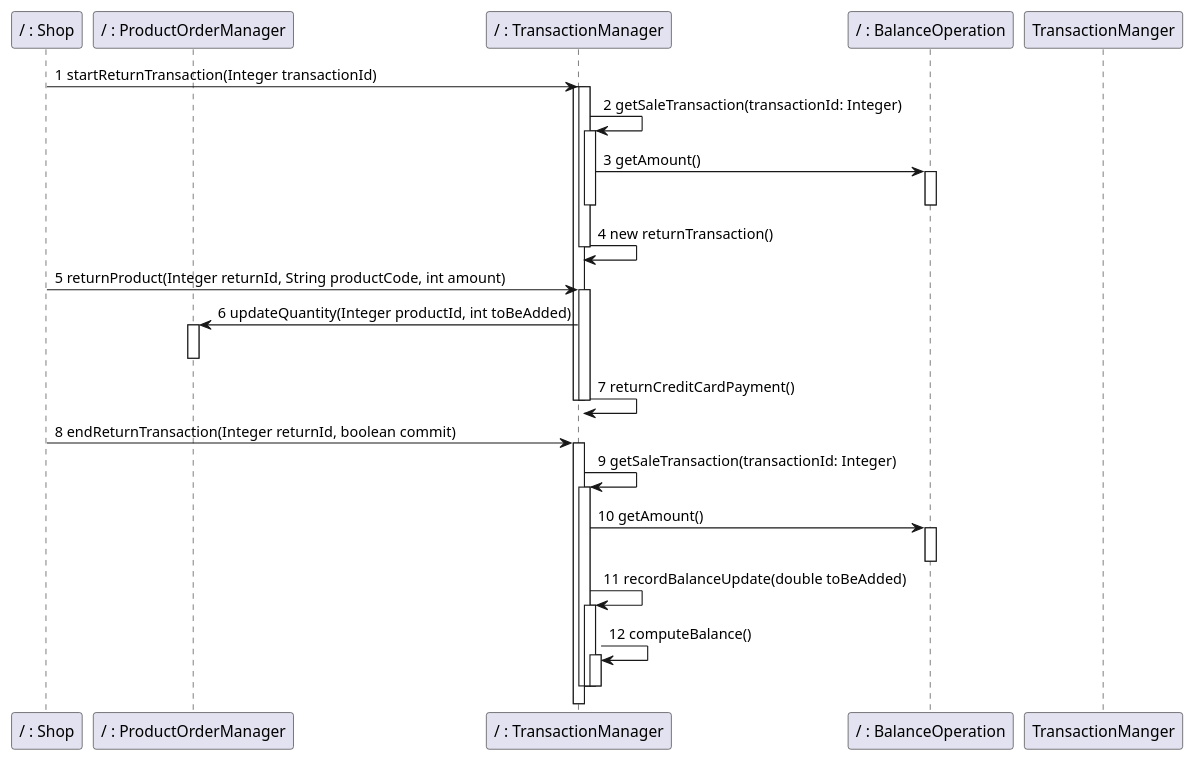
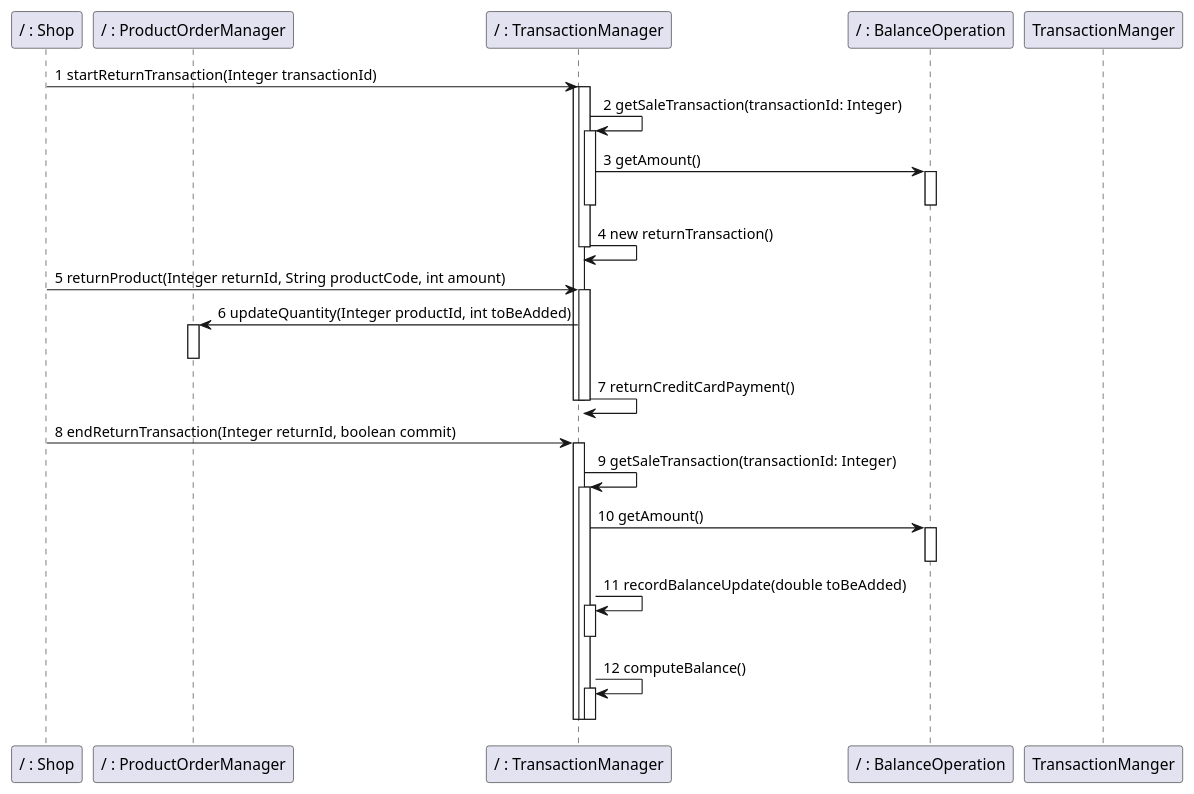
One commit to nicolabattaglino/ezshop changed diagram 28 of 32 in Deliverables/DesignDocument.md. Above: the diagram before and after it, drawn with PlantUML.

Commit message:
formatting

````diff
--- a/Deliverables/DesignDocument.md
+++ b/Deliverables/DesignDocument.md
@@ -1332,44 +1332,46 @@
 ```plantuml
 @startuml
 
 participant "/ : Shop" as Shop
 participant "/ : ProductOrderManager" as ProductOrderManager
 participant "/ : TransactionManager" as TransactionManager
 participant "/ : BalanceOperation" as BalanceOperation
 Shop -> TransactionManager:1 startReturnTransaction(Integer transactionId)
 activate TransactionManager
 activate TransactionManager
 TransactionManager -> TransactionManager:2 getSaleTransaction(transactionId: Integer)
 activate TransactionManager
 TransactionManager -> BalanceOperation :3 getAmount()
 activate BalanceOperation
 deactivate BalanceOperation
 deactivate TransactionManager
 TransactionManager -> TransactionManager:4 new returnTransaction()
 deactivate TransactionManager
 Shop -> TransactionManager:5 returnProduct(Integer returnId, String productCode, int amount)
 activate TransactionManager
 TransactionManager -> ProductOrderManager:6 updateQuantity(Integer productId, int toBeAdded)
 activate ProductOrderManager
 deactivate ProductOrderManager
 TransactionManager -> TransactionManager:7 returnCreditCardPayment()
 deactivate TransactionManager 
 deactivate TransactionManager 
 Shop -> TransactionManager:8 endReturnTransaction(Integer returnId, boolean commit)
 activate TransactionManager
 TransactionManager -> TransactionManager:9 getSaleTransaction(transactionId: Integer)
 activate TransactionManager
 TransactionManager -> BalanceOperation :10 getAmount()
 activate BalanceOperation
 deactivate BalanceOperation
 deactivate TransactionManger 
 deactivate TransactionManger 
 TransactionManager -> TransactionManager:11 recordBalanceUpdate(double toBeAdded)
 activate TransactionManager 
+deactivate TransactionManager 
 TransactionManager -> TransactionManager:12 computeBalance()
 activate TransactionManager
 deactivate TransactionManager
 deactivate TransactionManager
 deactivate TransactionManager 
+
 @enduml
 ```
````
